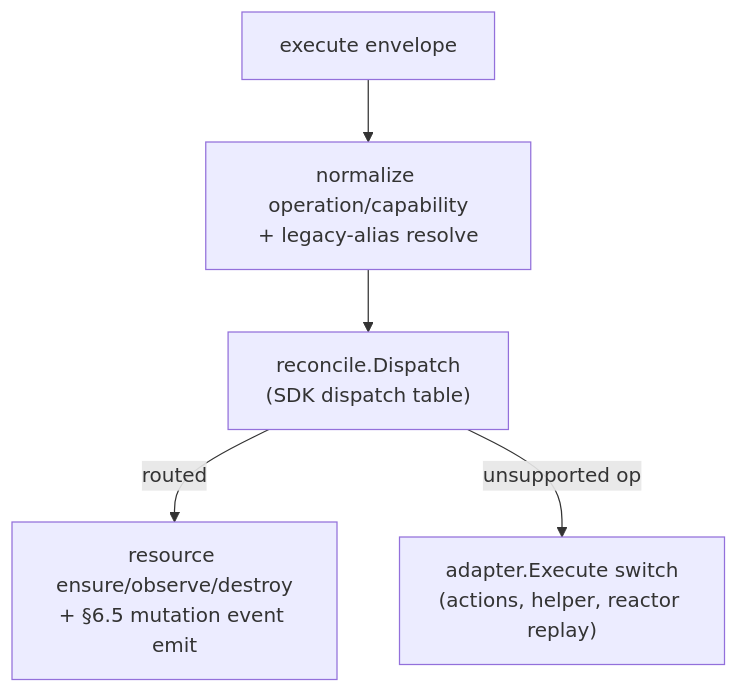
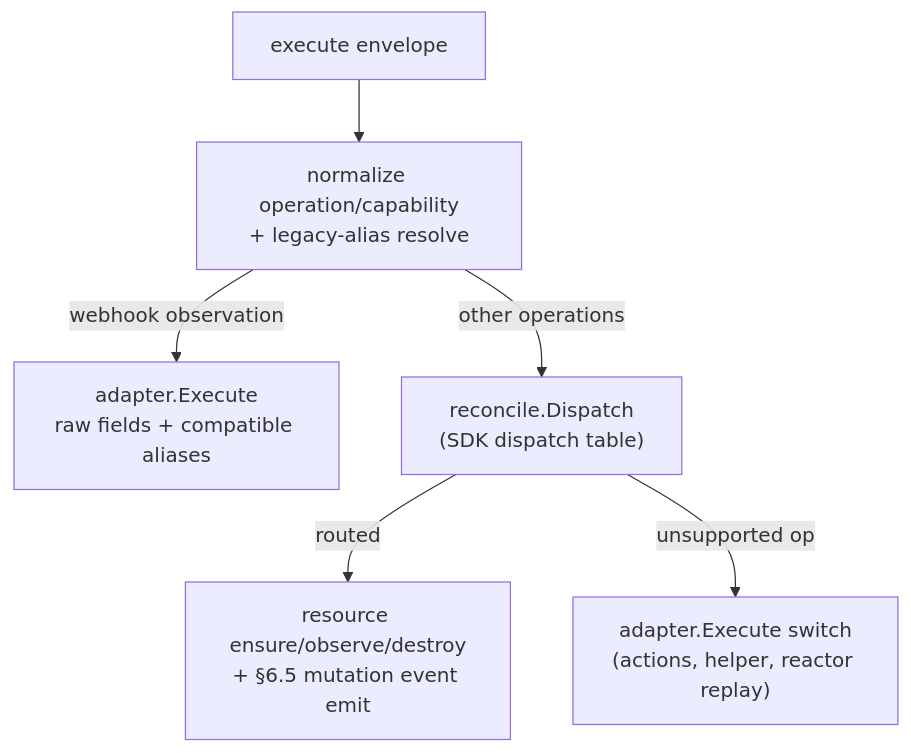
One commit to dakasa-yggdrasil/integration-efi changed the diagram in docs/DEVELOPMENT.md. Above: the diagram before and after it, drawn with Mermaid. The commit also changed other lines of this file and 18 other files, not shown here.

First line of the commit message:
🐛 Preserve raw EFI webhook observations

````diff
--- a/docs/DEVELOPMENT.md
+++ b/docs/DEVELOPMENT.md
@@ -105,7 +105,8 @@
 ```mermaid
 flowchart TD
   in["execute envelope"] --> norm["normalize operation/capability<br/>+ legacy-alias resolve"]
-  norm --> sdk["reconcile.Dispatch<br/>(SDK dispatch table)"]
+  norm -->|webhook observation| raw["adapter.Execute<br/>raw fields + compatible aliases"]
+  norm -->|other operations| sdk["reconcile.Dispatch<br/>(SDK dispatch table)"]
   sdk -->|routed| emit["resource ensure/observe/destroy<br/>+ §6.5 mutation event emit"]
   sdk -->|unsupported op| legacy["adapter.Execute switch<br/>(actions, helper, reactor replay)"]
 ```
````
